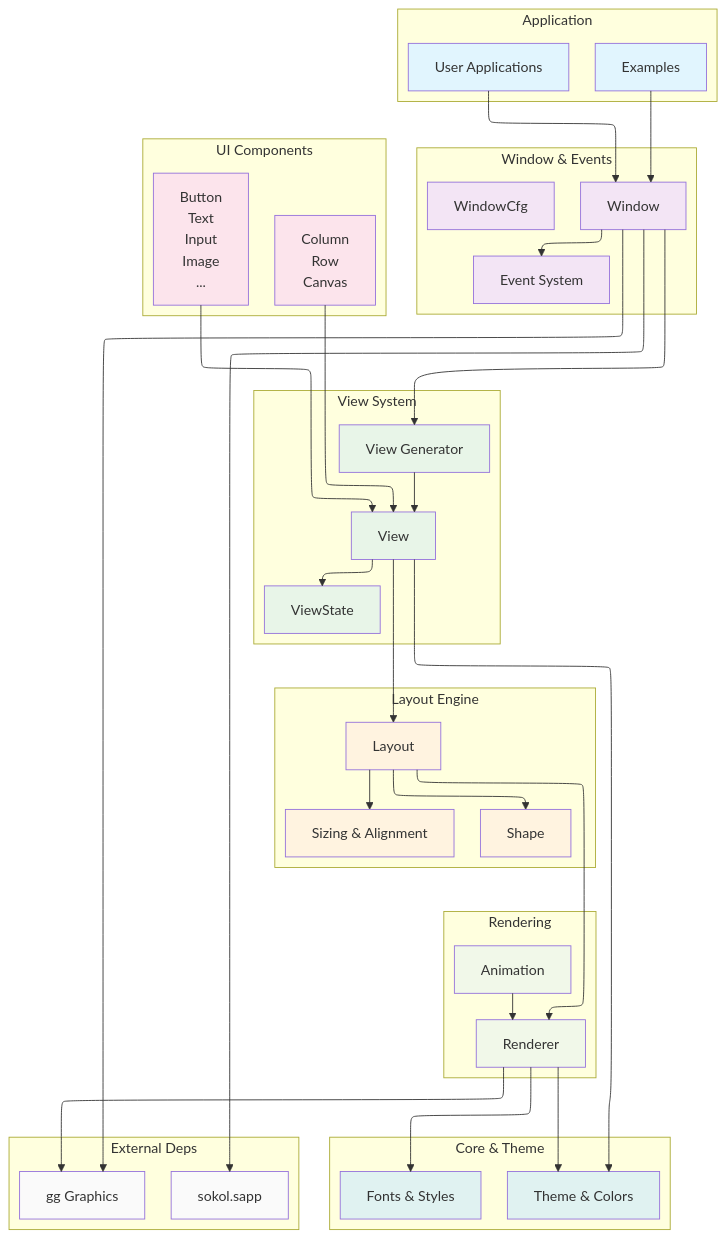
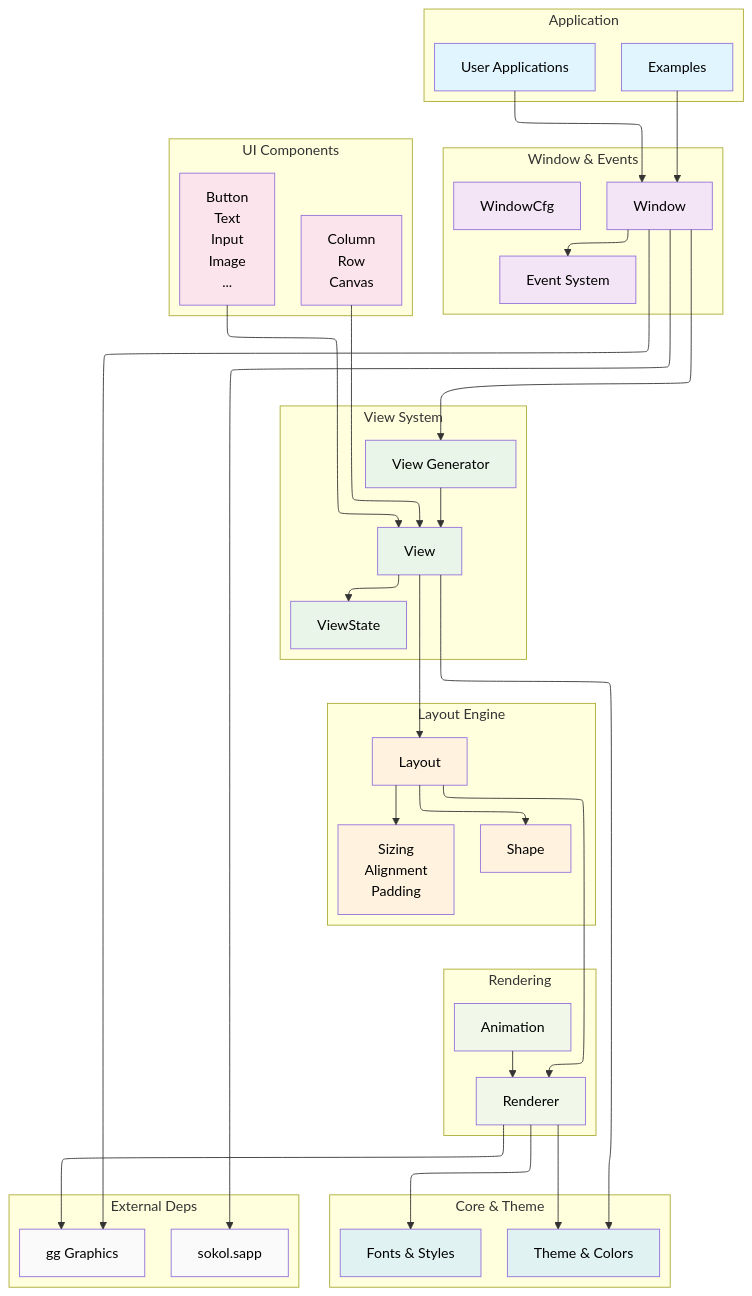
Before and after one commit to vlang/gui: the diagram in README.md, drawn with Mermaid.

Commit message:
Modify Sizing & Alignment description in README
Updated README.md to improve layout engine section.

````diff
--- a/README.md
+++ b/README.md
@@ -290,6 +290,8 @@
 ``` mermaid
 ---
 config:
+  themeVariables:
+    textColor: 'black'
   layout: elk
 ---
   graph TD
@@ -313,7 +315,7 @@
     subgraph "Layout Engine"
         LAY[Layout]
         SHAPE[Shape]
-        SIZE[Sizing & Alignment]
+        SIZE[Sizing<br>Alignment<br>Padding]
     end
     
     subgraph "UI Components"
````
